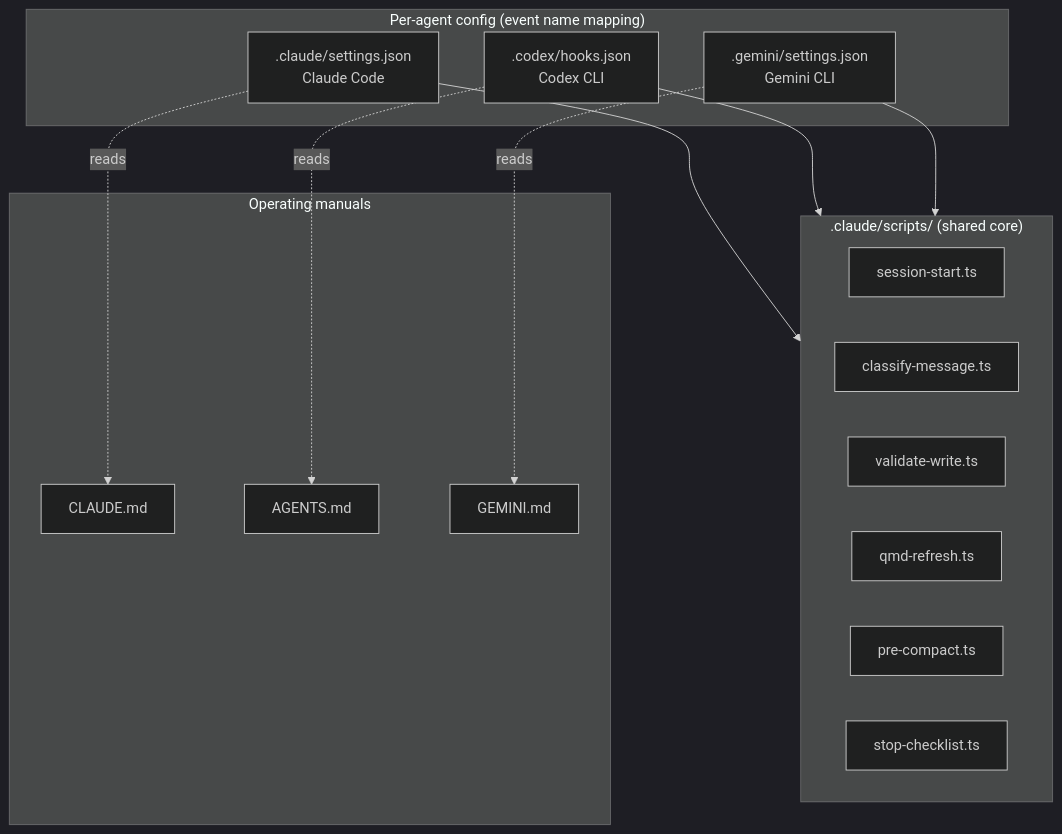
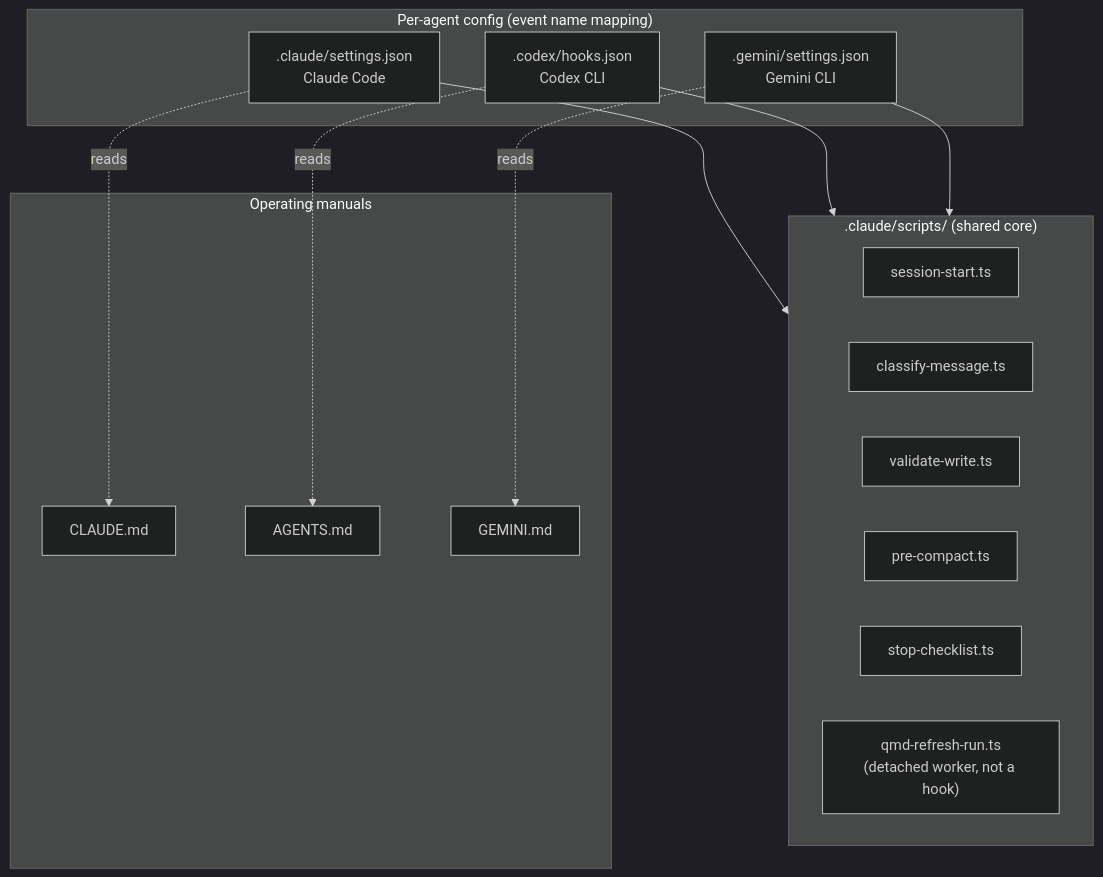
Before and after one commit to breferrari/obsidian-mind: diagram 17 of 18 in ARCHITECTURE.md, drawn with Mermaid (dark theme). The commit also changed other lines of this file and 21 other files, not shown here.

First line of the commit message:
docs: document the om layer in ARCHITECTURE, and finish the posture sweep

````diff
--- a/ARCHITECTURE.md
+++ b/ARCHITECTURE.md
@@ -255,28 +701,28 @@
 ```mermaid
 flowchart TB
     subgraph Configs["Per-agent config (event name mapping)"]
         Claude[".claude/settings.json<br/>Claude Code"]
         Codex[".codex/hooks.json<br/>Codex CLI"]
         Gemini[".gemini/settings.json<br/>Gemini CLI"]
     end
     subgraph Shared[".claude/scripts/ (shared core)"]
         S1["session-start.ts"]
         S2["classify-message.ts"]
         S3["validate-write.ts"]
-        S4["qmd-refresh.ts"]
         S5["pre-compact.ts"]
         S6["stop-checklist.ts"]
+        S7["qmd-refresh-run.ts<br/>(detached worker, not a hook)"]
     end
     subgraph Manuals["Operating manuals"]
         CM["CLAUDE.md"]
         AM["AGENTS.md"]
         GM["GEMINI.md"]
     end
 
     Claude --> Shared
     Codex --> Shared
     Gemini --> Shared
     Claude -.reads.-> CM
     Codex -.reads.-> AM
     Gemini -.reads.-> GM
 ```
````
